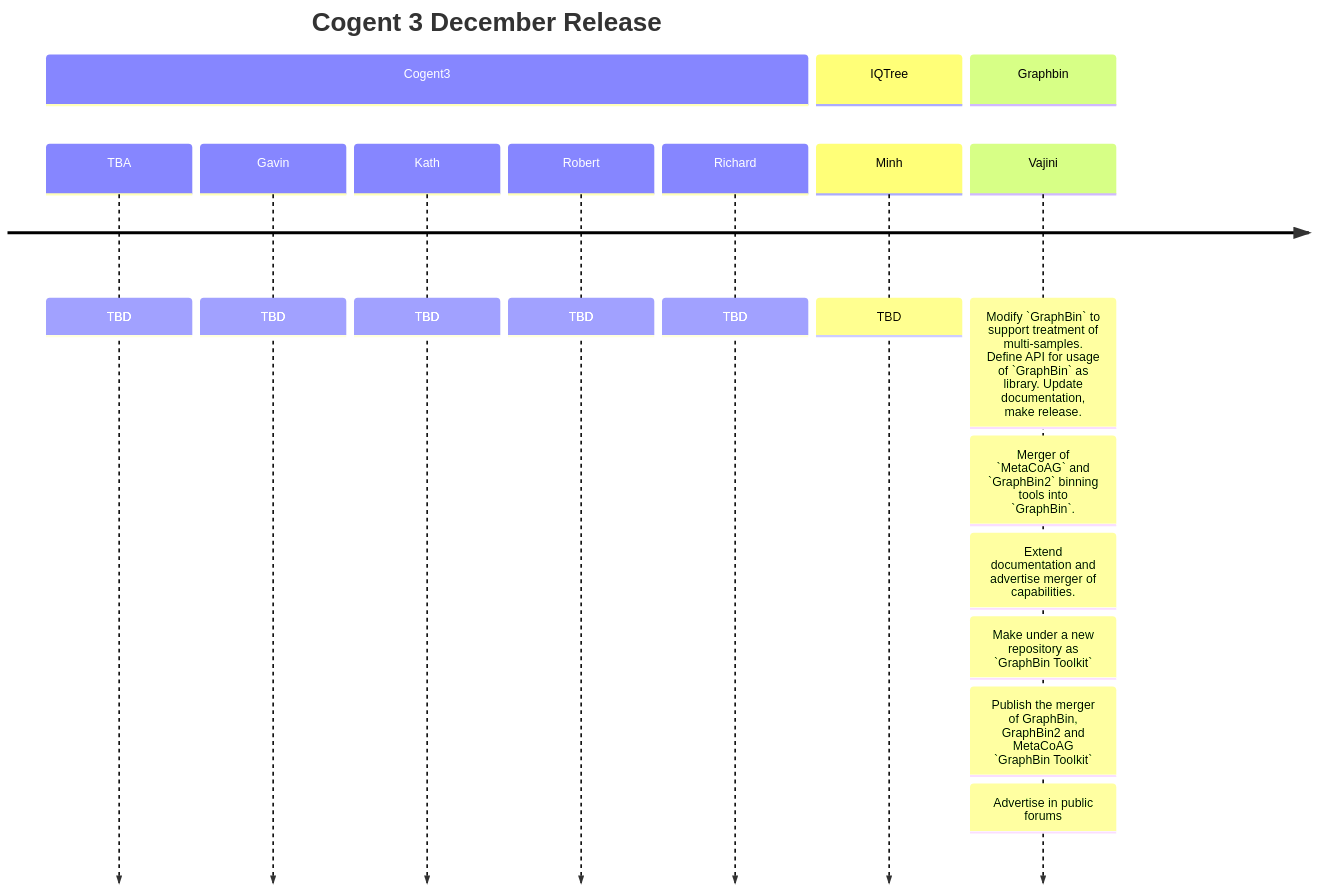
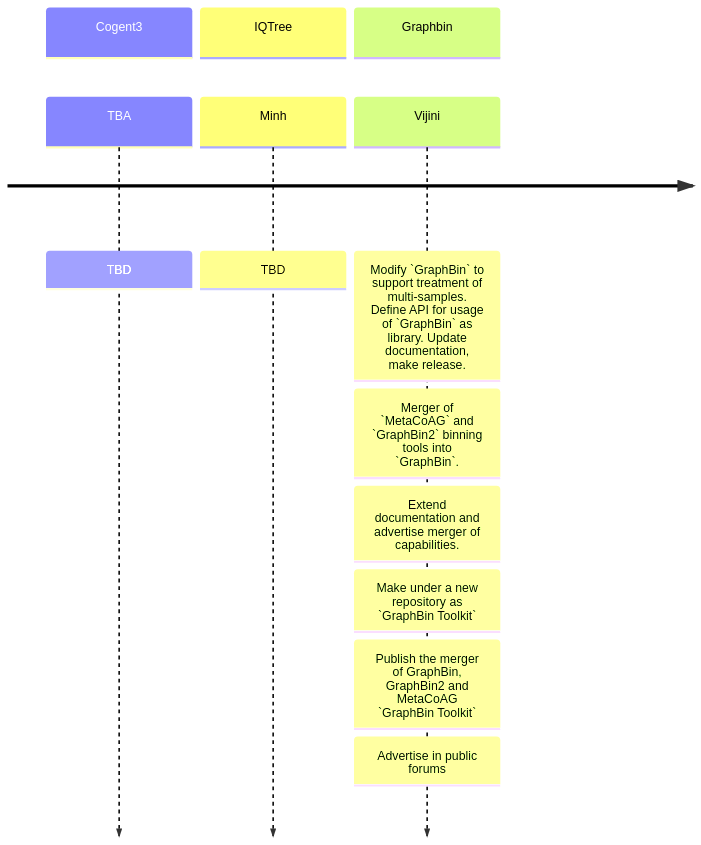
The third of 4 diagrams in docs/milestones.md (khiron/testscriv), drawn with Mermaid before and after one commit. The commit also changed other lines of this file, not shown here.

````diff
--- a/docs/milestones.md
+++ b/docs/milestones.md
@@ -62,21 +73,16 @@
 ```mermaid
 timeline
-title Cogent 3 December Release
 section Cogent3
 TBA : TBD
-Gavin : TBD
-Kath : TBD
-Robert : TBD
-Richard : TBD
 
 section IQTree
 Minh : TBD
 
 section Graphbin 
-Vajini : Modify `GraphBin` to support treatment of multi-samples. Define API for usage of `GraphBin` as library. Update documentation, make release.
+Vijini : Modify `GraphBin` to support treatment of multi-samples. Define API for usage of `GraphBin` as library. Update documentation, make release.
 : Merger of `MetaCoAG` and `GraphBin2` binning tools into `GraphBin`. 
 : Extend documentation and advertise merger of capabilities.
 : Make under a new repository as `GraphBin Toolkit`
 : Publish the merger of GraphBin, GraphBin2 and MetaCoAG `GraphBin Toolkit`
 : Advertise in public forums
 ```
````
